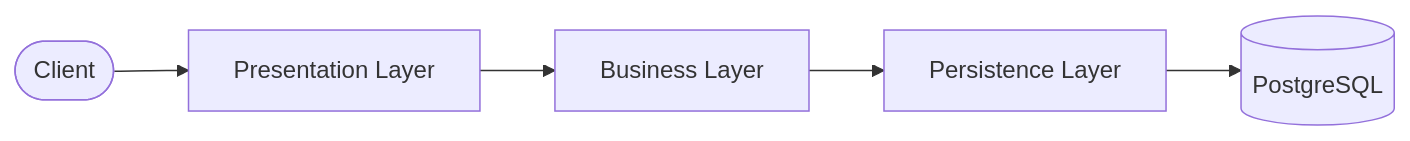
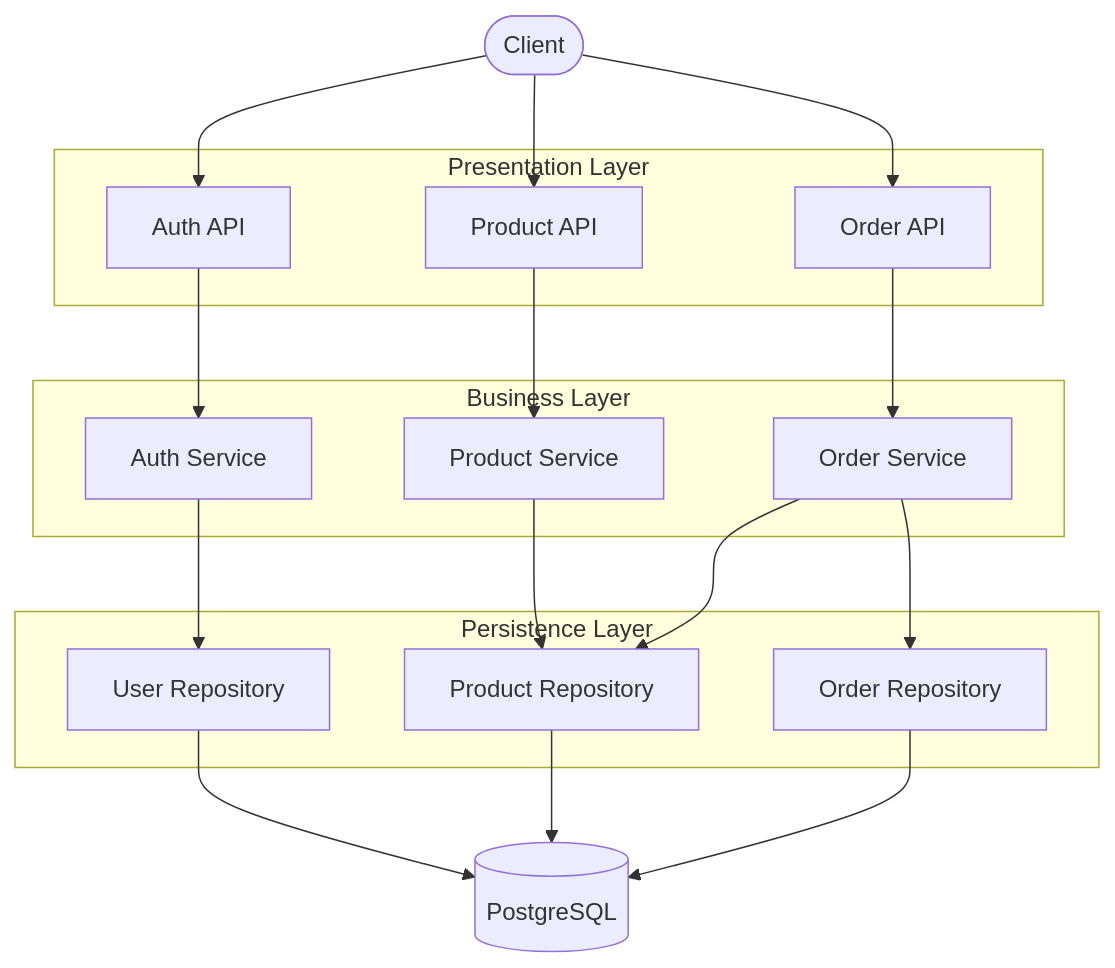
One commit to trandangduat/KTPM-TEAM-14 changed the diagram in README.md. Above: the diagram before and after it, drawn with Mermaid.

Commit message:
docs: cap nhat so do kien truc phan tang

````diff
--- a/README.md
+++ b/README.md
@@ -26,7 +24,38 @@
 ```mermaid
-flowchart LR
-    Client(["Client"]) --> Presentation["Presentation Layer"]
-    Presentation --> Business["Business Layer"]
-    Business --> Persistence["Persistence Layer"]
-    Persistence --> DB[("PostgreSQL")]
+flowchart TB
+    Client(["Client"])
+
+    subgraph Presentation["Presentation Layer"]
+        AuthAPI["Auth API"]
+        ProductAPI["Product API"]
+        OrderAPI["Order API"]
+    end
+
+    subgraph Business["Business Layer"]
+        AuthService["Auth Service"]
+        ProductService["Product Service"]
+        OrderService["Order Service"]
+    end
+
+    subgraph Persistence["Persistence Layer"]
+        UserRepo["User Repository"]
+        ProductRepo["Product Repository"]
+        OrderRepo["Order Repository"]
+    end
+
+    DB[("PostgreSQL")]
+
+    Client --> AuthAPI
+    Client --> ProductAPI
+    Client --> OrderAPI
+    AuthAPI --> AuthService
+    ProductAPI --> ProductService
+    OrderAPI --> OrderService
+    AuthService --> UserRepo
+    ProductService --> ProductRepo
+    OrderService --> ProductRepo
+    OrderService --> OrderRepo
+    UserRepo --> DB
+    ProductRepo --> DB
+    OrderRepo --> DB
 ```
````
